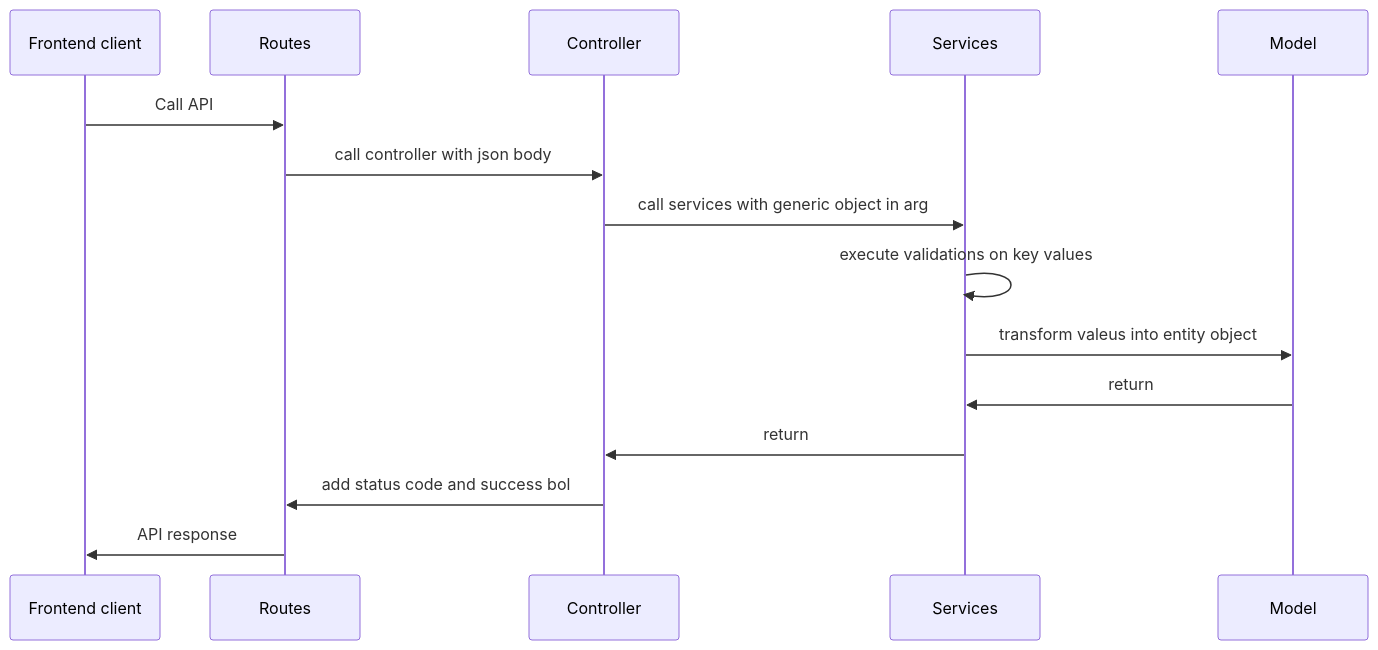
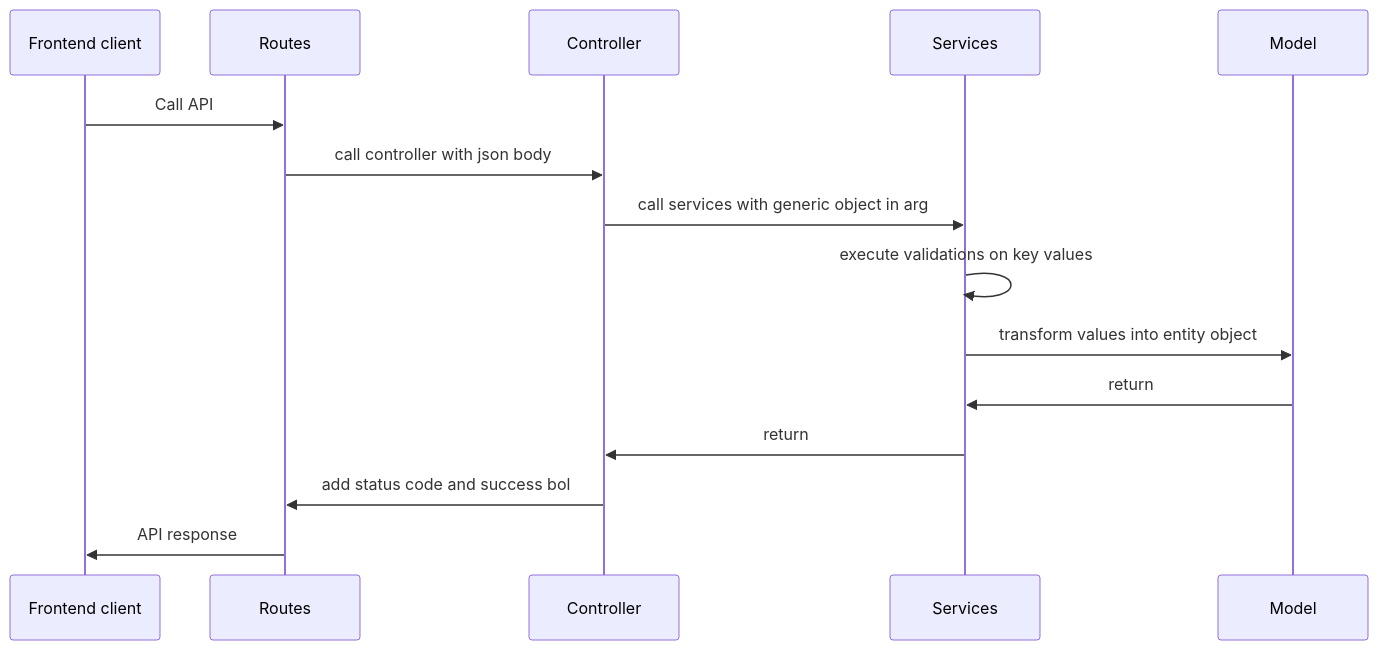
The diagram in diagrams/generic-crud-diagram.md (murilomorato/precelight-backend), drawn with Mermaid before and after one commit.

````diff
--- a/diagrams/generic-crud-diagram.md
+++ b/diagrams/generic-crud-diagram.md
@@ -1,13 +1,13 @@
 ```mermaid
 sequenceDiagram
     participant A as Frontend client
     A->>Routes: Call API
     Routes->>Controller: call controller with json body
     Controller ->> Services: call services with generic object in arg
     Services ->> Services: execute validations on key values
-    Services ->> Model: transform valeus into entity object
+    Services ->> Model: transform values into entity object
     Model ->> Services: return
     Services ->> Controller: return
     Controller ->> Routes: add status code and success bol
     Routes ->> A: API response
 ```
````
